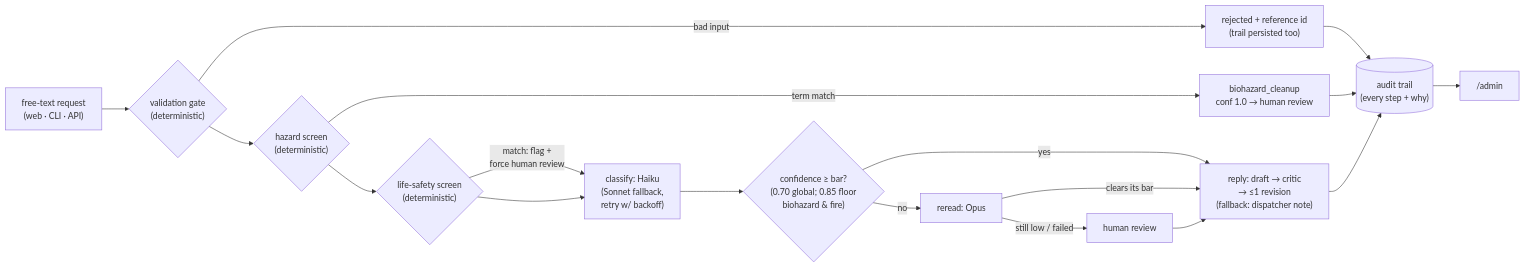
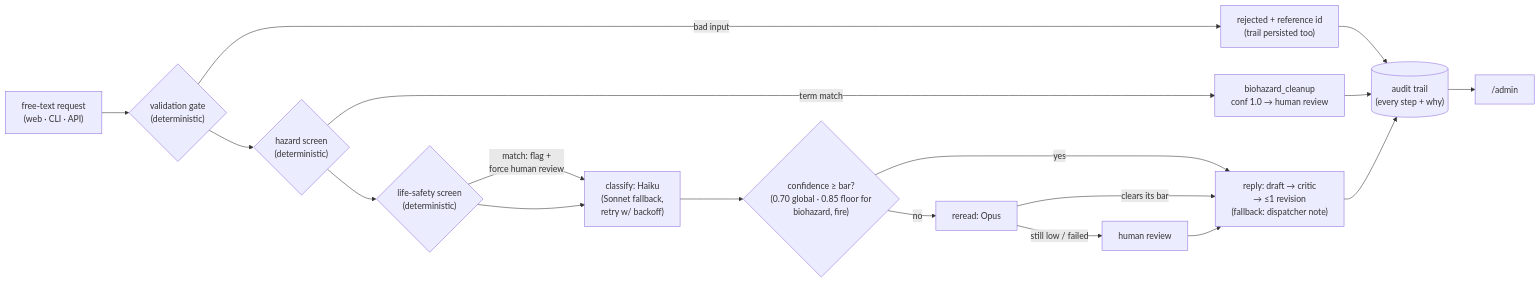
Before and after one commit to aeicher5/restoration-intake-agent: the diagram in README.md, drawn with Mermaid.

Commit message:
Fix README pipeline diagram: GitHub's Mermaid renderer rejects & and ; in labels

````diff
--- a/README.md
+++ b/README.md
@@ -33,20 +33,20 @@
 ```mermaid
 flowchart LR
     A["free-text request<br/>(web · CLI · API)"] --> V{"validation gate<br/>(deterministic)"}
     V -- "bad input" --> R["rejected + reference id<br/>(trail persisted too)"]
     V --> H{"hazard screen<br/>(deterministic)"}
     H -- "term match" --> HB["biohazard_cleanup<br/>conf 1.0 → human review"]
     H --> LS{"life-safety screen<br/>(deterministic)"}
     LS -- "match: flag +<br/>force human review" --> C
     LS --> C["classify: Haiku<br/>(Sonnet fallback,<br/>retry w/ backoff)"]
-    C --> G{"confidence ≥ bar?<br/>(0.70 global; 0.85 floor<br/>biohazard & fire)"}
+    C --> G{"confidence ≥ bar?<br/>(0.70 global · 0.85 floor for<br/>biohazard, fire)"}
     G -- yes --> RE
     G -- no --> O["reread: Opus"]
     O -- "clears its bar" --> RE
     O -- "still low / failed" --> HU["human review"]
     HU --> RE["reply: draft → critic<br/>→ ≤1 revision<br/>(fallback: dispatcher note)"]
     HB --> T[("audit trail<br/>(every step + why)")]
     R --> T
     RE --> T
     T --> AD["/admin"]
 ```
````
